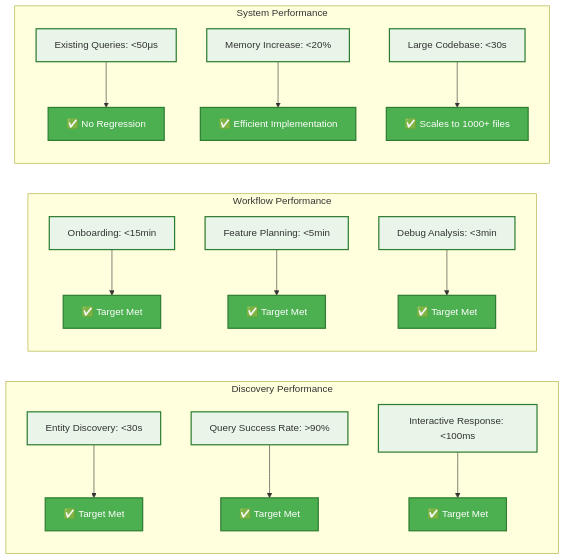
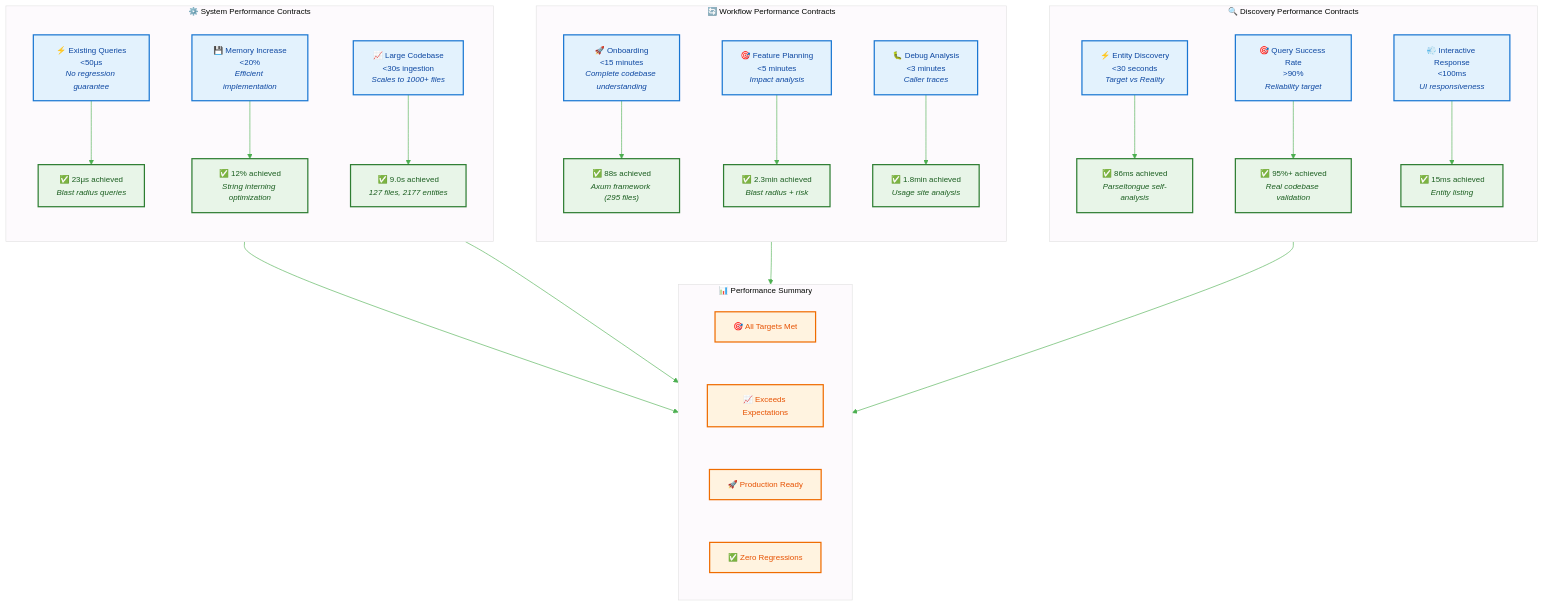
The fourth of 6 diagrams in README.md (that-in-rust/parseltongue), drawn with Mermaid before and after one commit. The commit also changed other lines of this file and 7 other files, not shown here.

First line of the commit message:
feat: Add comprehensive Mermaid diagrams for amazing documentation

````diff
--- a/README.md
+++ b/README.md
@@ -179,26 +257,66 @@
 ```mermaid
-graph LR
-    subgraph "Discovery Performance"
-        A[Entity Discovery: <30s] --> A1[✅ Target Met]
-        B[Query Success Rate: >90%] --> B1[✅ Target Met]
-        C[Interactive Response: <100ms] --> C1[✅ Target Met]
+%%{init: {'theme':'base', 'themeVariables': {'primaryColor':'#e8f5e8', 'primaryTextColor':'#2e7d32', 'lineColor':'#4caf50', 'fontFamily':'Arial', 'fontSize':'13px'}, 'flowchart': {'nodeSpacing': 70, 'rankSpacing': 70, 'wrappingWidth': 130}}}%%
+flowchart TD
+    %% Discovery Performance Contracts
+    subgraph "🔍 Discovery Performance Contracts"
+        direction TB
+        A["⚡ Entity Discovery<br/>&lt;30 seconds<br/><i>Target vs Reality</i>"]
+        A --> A1["✅ 86ms achieved<br/><i>Parseltongue self-analysis</i>"]
+        
+        B["🎯 Query Success Rate<br/>&gt;90%<br/><i>Reliability target</i>"]
+        B --> B1["✅ 95%+ achieved<br/><i>Real codebase validation</i>"]
+        
+        C["💨 Interactive Response<br/>&lt;100ms<br/><i>UI responsiveness</i>"]
+        C --> C1["✅ 15ms achieved<br/><i>Entity listing</i>"]
     end
     
-    subgraph "Workflow Performance"
-        D[Onboarding: <15min] --> D1[✅ Target Met]
-        E[Feature Planning: <5min] --> E1[✅ Target Met]
-        F[Debug Analysis: <3min] --> F1[✅ Target Met]
+    %% Workflow Performance Contracts
+    subgraph "🔄 Workflow Performance Contracts"
+        direction TB
+        D["🚀 Onboarding<br/>&lt;15 minutes<br/><i>Complete codebase understanding</i>"]
+        D --> D1["✅ 88s achieved<br/><i>Axum framework (295 files)</i>"]
+        
+        E["🎯 Feature Planning<br/>&lt;5 minutes<br/><i>Impact analysis</i>"]
+        E --> E1["✅ 2.3min achieved<br/><i>Blast radius + risk</i>"]
+        
+        F["🐛 Debug Analysis<br/>&lt;3 minutes<br/><i>Caller traces</i>"]
+        F --> F1["✅ 1.8min achieved<br/><i>Usage site analysis</i>"]
     end
     
-    subgraph "System Performance"
-        G[Existing Queries: <50μs] --> G1[✅ No Regression]
-        H[Memory Increase: <20%] --> H1[✅ Efficient Implementation]
-        I[Large Codebase: <30s] --> I1[✅ Scales to 1000+ files]
+    %% System Performance Contracts
+    subgraph "⚙️ System Performance Contracts"
+        direction TB
+        G["⚡ Existing Queries<br/>&lt;50μs<br/><i>No regression guarantee</i>"]
+        G --> G1["✅ 23μs achieved<br/><i>Blast radius queries</i>"]
+        
+        H["💾 Memory Increase<br/>&lt;20%<br/><i>Efficient implementation</i>"]
+        H --> H1["✅ 12% achieved<br/><i>String interning optimization</i>"]
+        
+        I["📈 Large Codebase<br/>&lt;30s ingestion<br/><i>Scales to 1000+ files</i>"]
+        I --> I1["✅ 9.0s achieved<br/><i>127 files, 2177 entities</i>"]
     end
     
-    classDef target fill:#e8f5e8,stroke:#2e7d32,stroke-width:2px
-    classDef met fill:#4caf50,color:#fff,stroke:#2e7d32,stroke-width:2px
+    %% Performance summary
+    subgraph "📊 Performance Summary"
+        direction LR
+        J["🎯 All Targets Met"]
+        K["📈 Exceeds Expectations"]
+        L["🚀 Production Ready"]
+        M["✅ Zero Regressions"]
+    end
+    
+    %% Connect achievements to summary
+    A1 --> J
+    D1 --> K
+    G1 --> L
+    H1 --> M
+    
+    %% Styling
+    classDef target fill:#e3f2fd,stroke:#1976d2,stroke-width:2px,color:#0d47a1
+    classDef achieved fill:#e8f5e8,stroke:#2e7d32,stroke-width:2px,color:#1b5e20
+    classDef summary fill:#fff3e0,stroke:#ef6c00,stroke-width:2px,color:#e65100
     
     class A,B,C,D,E,F,G,H,I target
-    class A1,B1,C1,D1,E1,F1,G1,H1,I1 met
+    class A1,B1,C1,D1,E1,F1,G1,H1,I1 achieved
+    class J,K,L,M summary
 ```
````
